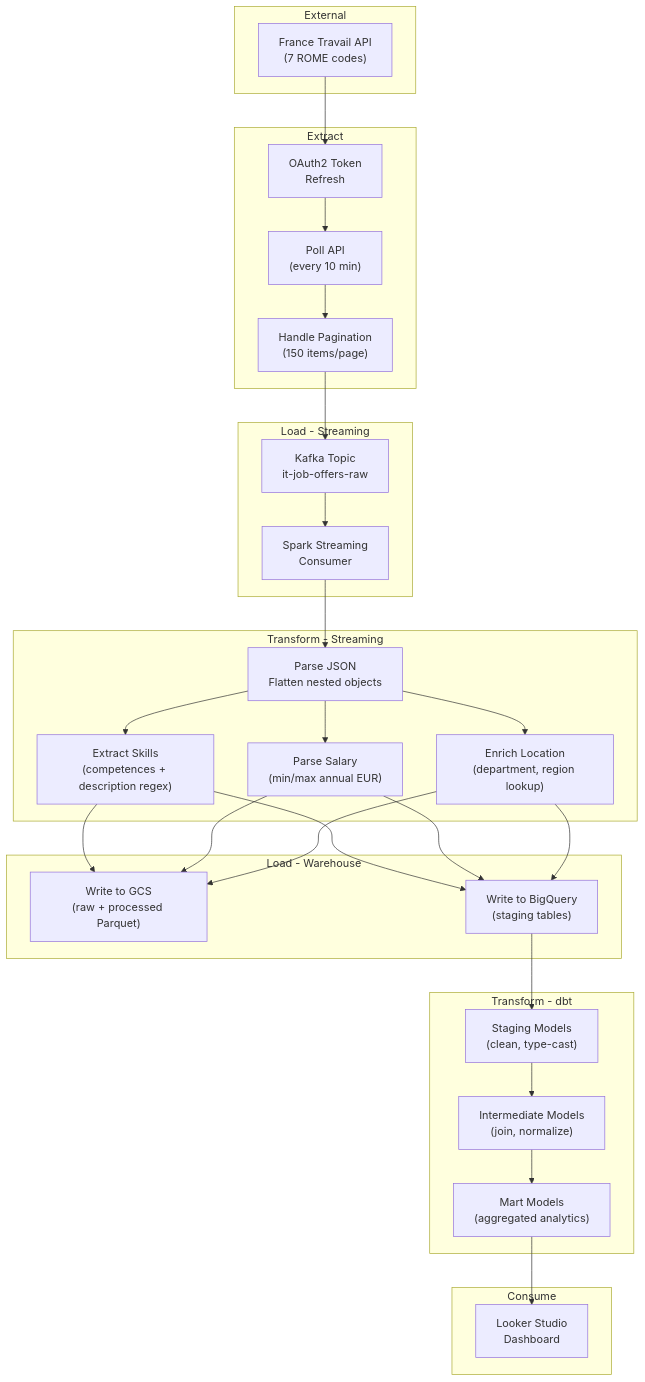
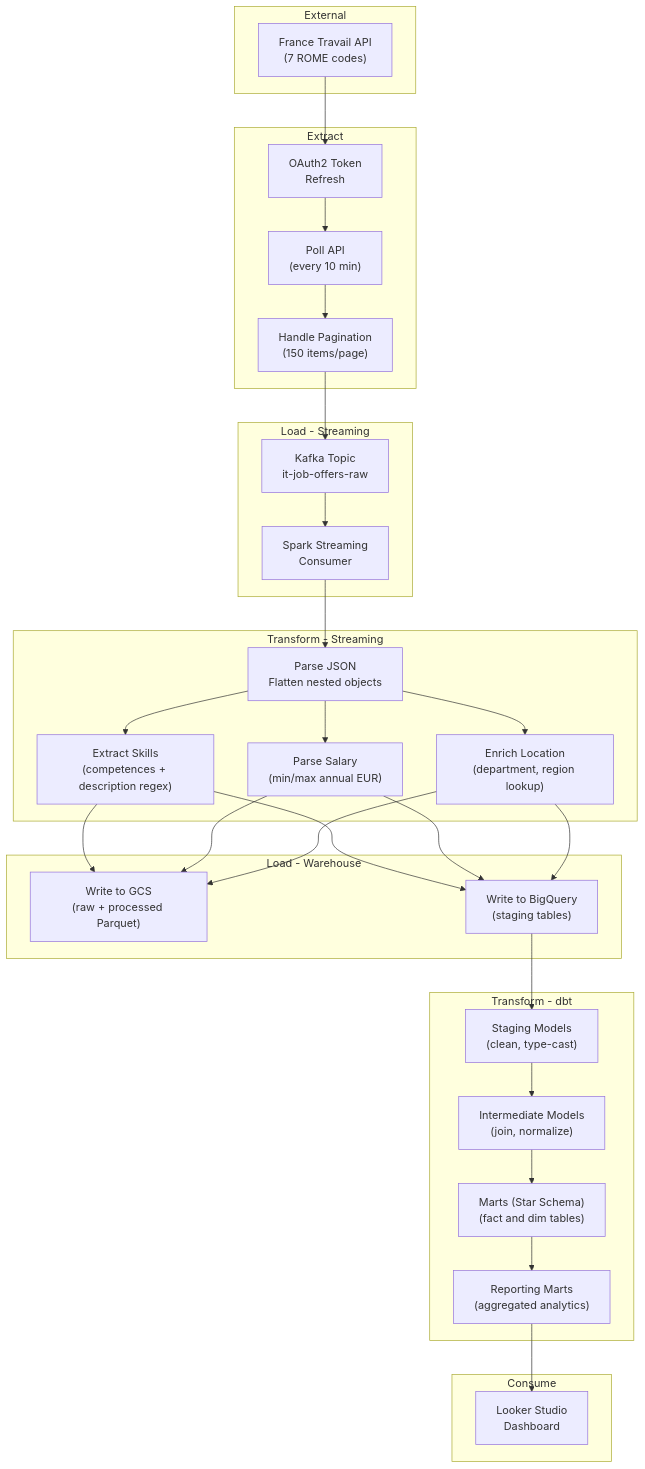
One commit to huuphuc02/French_IT_Job_Market_DE_Project changed the seventh of 7 diagrams in docs/system_design.md. Above: the diagram before and after it, drawn with Mermaid. The commit also changed other lines of this file and 1 other file, not shown here.

````diff
--- a/docs/system_design.md
+++ b/docs/system_design.md
@@ -898,57 +908,59 @@
 ```mermaid
 flowchart TB
     subgraph external [External]
         FranceTravailAPI["France Travail API\n(7 ROME codes)"]
     end
 
     subgraph extract [Extract]
         OAuth["OAuth2 Token\nRefresh"]
         Poll["Poll API\n(every 10 min)"]
         Paginate["Handle Pagination\n(150 items/page)"]
     end
 
     subgraph load_stream [Load - Streaming]
         KafkaRaw["Kafka Topic\nit-job-offers-raw"]
         SparkConsume["Spark Streaming\nConsumer"]
     end
 
     subgraph transform_stream [Transform - Streaming]
         ParseJSON["Parse JSON\nFlatten nested objects"]
         ExtractSkills["Extract Skills\n(competences + description regex)"]
         ParseSalary["Parse Salary\n(min/max annual EUR)"]
         EnrichLocation["Enrich Location\n(department, region lookup)"]
     end
 
     subgraph load_warehouse [Load - Warehouse]
         WriteGCS["Write to GCS\n(raw + processed Parquet)"]
         WriteBQ["Write to BigQuery\n(staging tables)"]
     end
 
     subgraph transform_dbt [Transform - dbt]
         Staging["Staging Models\n(clean, type-cast)"]
         Intermediate["Intermediate Models\n(join, normalize)"]
-        Marts["Mart Models\n(aggregated analytics)"]
+        Marts["Marts (Star Schema)\n(fact and dim tables)"]
+        Reporting["Reporting Marts\n(aggregated analytics)"]
     end
 
     subgraph consume [Consume]
         LookerDashboard["Looker Studio\nDashboard"]
     end
 
     FranceTravailAPI --> OAuth --> Poll --> Paginate
     Paginate --> KafkaRaw
     KafkaRaw --> SparkConsume
     SparkConsume --> ParseJSON
     ParseJSON --> ExtractSkills
     ParseJSON --> ParseSalary
     ParseJSON --> EnrichLocation
     ExtractSkills --> WriteGCS
     ParseSalary --> WriteGCS
     EnrichLocation --> WriteGCS
     ExtractSkills --> WriteBQ
     ParseSalary --> WriteBQ
     EnrichLocation --> WriteBQ
     WriteBQ --> Staging
     Staging --> Intermediate
     Intermediate --> Marts
-    Marts --> LookerDashboard
+    Marts --> Reporting
+    Reporting --> LookerDashboard
 ```
````
